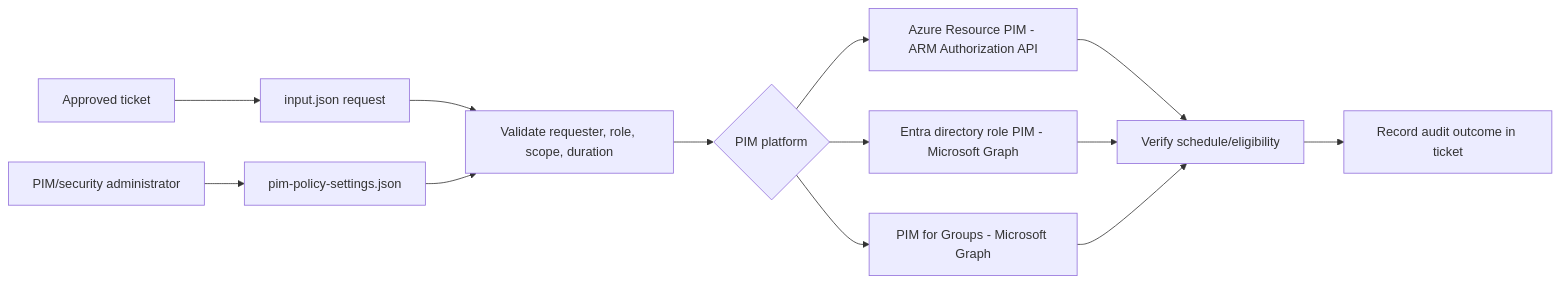
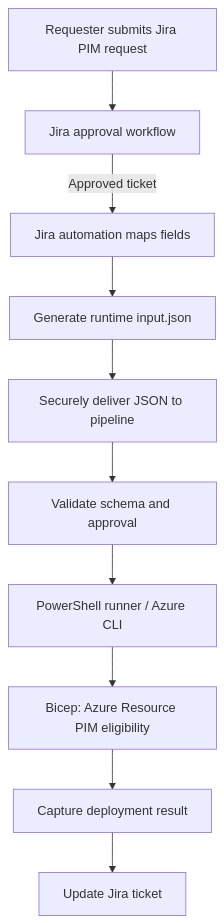
Before and after one commit to OLYMPUSPRIME/GPT-BIFROST: the diagram in modules/pim/README.md, drawn with Mermaid. The commit also changed other lines of this file, not shown here.

Commit message:
Document Jira-generated runtime JSON workflow

````diff
--- a/modules/pim/README.md
+++ b/modules/pim/README.md
@@ -47,15 +7,12 @@
 ```mermaid
-flowchart LR
-  T[Approved ticket] --> R[input.json request]
-  A[PIM/security administrator] --> P[pim-policy-settings.json]
-  R --> V[Validate requester, role, scope, duration]
-  P --> V
-  V --> API{PIM platform}
-  API --> AZ[Azure Resource PIM - ARM Authorization API]
-  API --> EN[Entra directory role PIM - Microsoft Graph]
-  API --> GR[PIM for Groups - Microsoft Graph]
-  AZ --> C[Verify schedule/eligibility]
-  EN --> C
-  GR --> C
-  C --> AUD[Record audit outcome in ticket]
+flowchart TD
+  U[Requester submits Jira PIM request] --> J[Jira approval workflow]
+  J -->|Approved ticket| G[Jira automation maps fields]
+  G --> F[Generate runtime input.json]
+  F --> P[Securely deliver JSON to pipeline]
+  P --> V[Validate schema and approval]
+  V --> D[PowerShell runner / Azure CLI]
+  D --> B[Bicep: Azure Resource PIM eligibility]
+  B --> R[Capture deployment result]
+  R --> T[Update Jira ticket]
 ```
````
